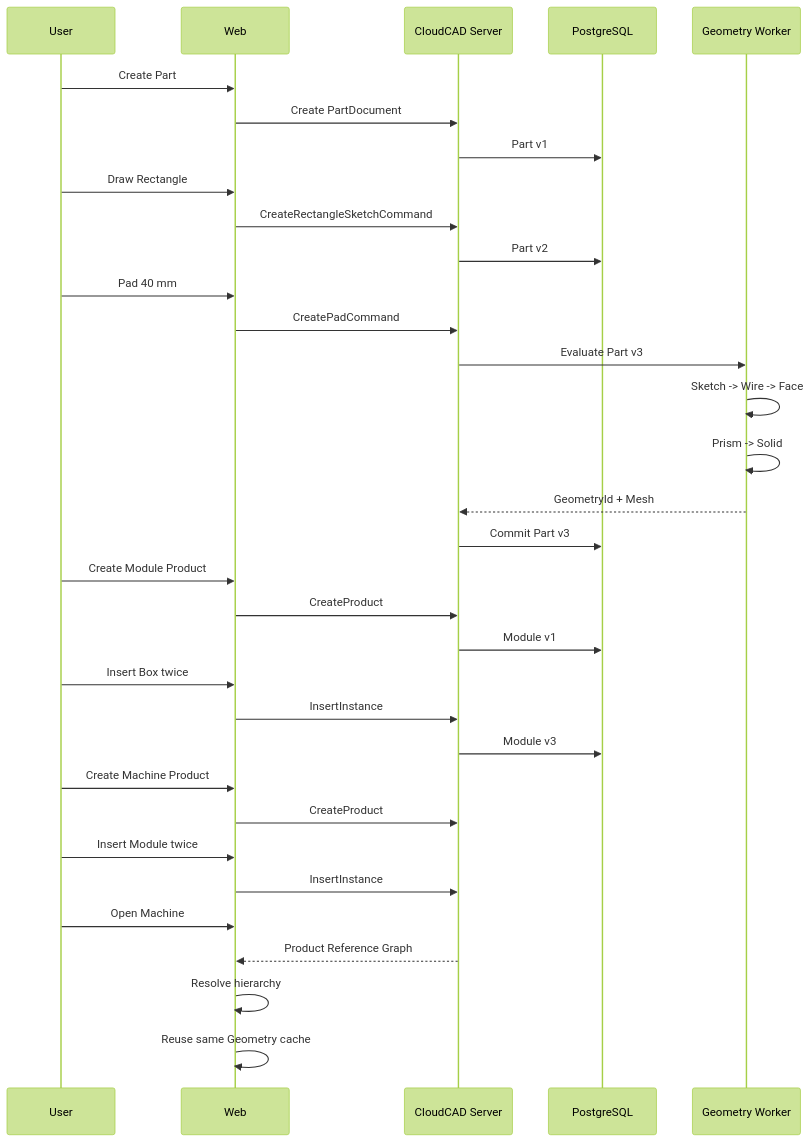
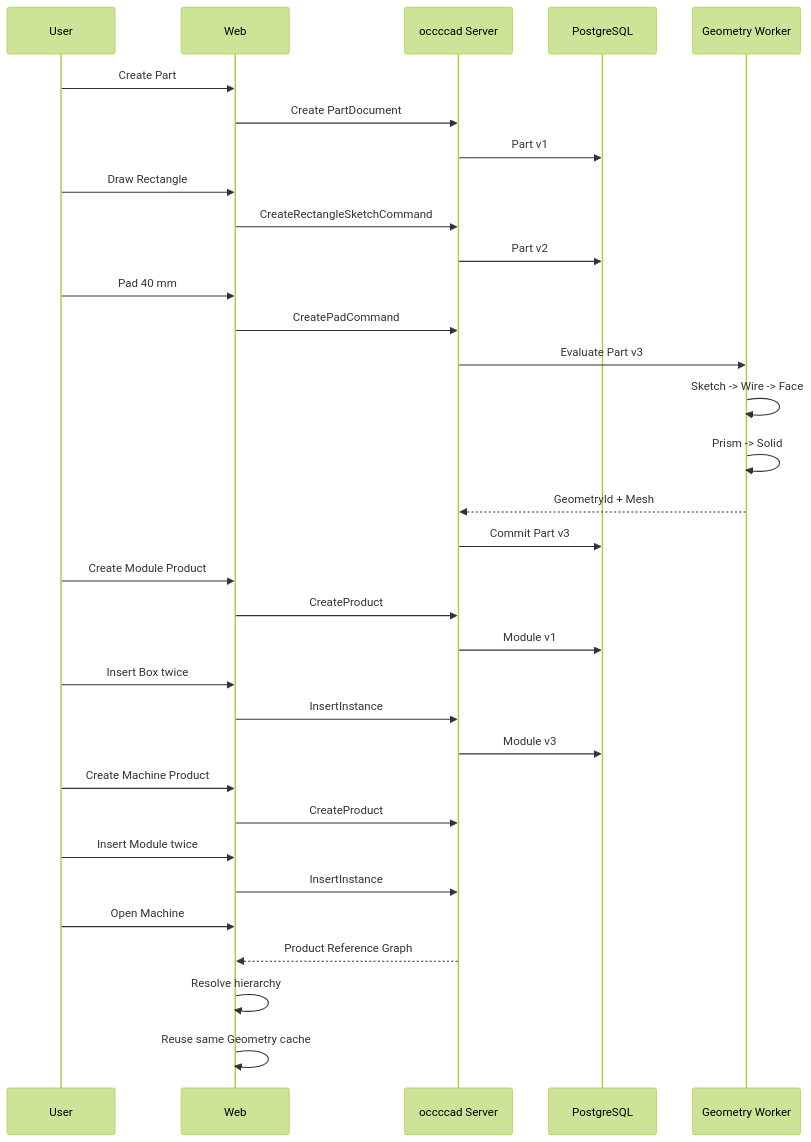
The diagram in docs/occccad_demo_v0.1.md (cossoledad/occccad), drawn with Mermaid (forest theme) before and after one commit. The commit also changed other lines of this file and 4 other files, not shown here.

````diff
--- a/docs/occccad_demo_v0.1.md
+++ b/docs/occccad_demo_v0.1.md
@@ -1585,43 +1600,43 @@
 ```mermaid
 sequenceDiagram
     participant U as User
     participant WEB as Web
-    participant S as CloudCAD Server
+    participant S as occccad Server
     participant DB as PostgreSQL
     participant W as Geometry Worker
 
     U->>WEB: Create Part
     WEB->>S: Create PartDocument
     S->>DB: Part v1
 
     U->>WEB: Draw Rectangle
     WEB->>S: CreateRectangleSketchCommand
     S->>DB: Part v2
 
     U->>WEB: Pad 40 mm
     WEB->>S: CreatePadCommand
     S->>W: Evaluate Part v3
     W->>W: Sketch -> Wire -> Face
     W->>W: Prism -> Solid
     W-->>S: GeometryId + Mesh
     S->>DB: Commit Part v3
 
     U->>WEB: Create Module Product
     WEB->>S: CreateProduct
     S->>DB: Module v1
 
     U->>WEB: Insert Box twice
     WEB->>S: InsertInstance
     S->>DB: Module v3
 
     U->>WEB: Create Machine Product
     WEB->>S: CreateProduct
 
     U->>WEB: Insert Module twice
     WEB->>S: InsertInstance
 
     U->>WEB: Open Machine
     S-->>WEB: Product Reference Graph
     WEB->>WEB: Resolve hierarchy
     WEB->>WEB: Reuse same Geometry cache
 ```
````
